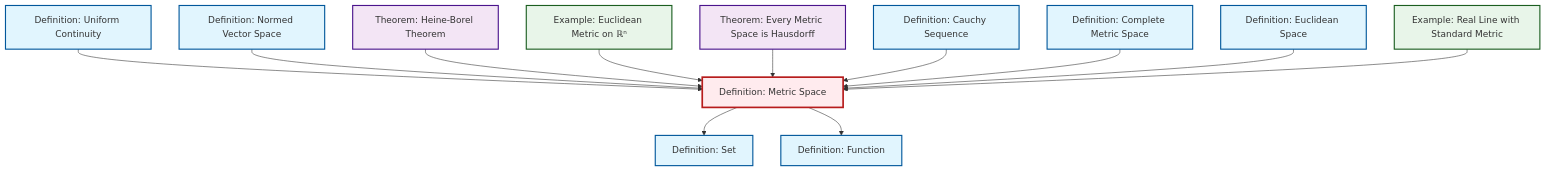
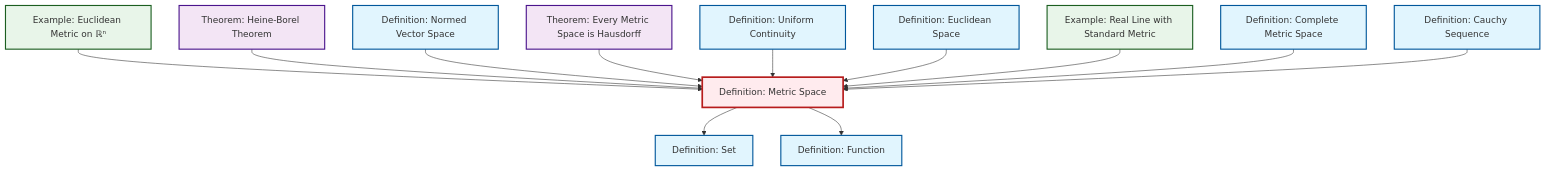
Before and after one commit to RK0429/ModernMath: the diagram in content/en/analysis/def-metric-space.qmd, drawn with Mermaid. The commit also changed other lines of this file and 619 other files, not shown here.

````diff
--- a/content/en/analysis/def-metric-space.qmd
+++ b/content/en/analysis/def-metric-space.qmd
@@ -51,44 +51,44 @@
 ```{mermaid}
 %%| fig-cap: "Local dependency graph"
 graph TD
     classDef definition fill:#e1f5fe,stroke:#01579b,stroke-width:2px
     classDef theorem fill:#f3e5f5,stroke:#4a148c,stroke-width:2px
     classDef axiom fill:#fff3e0,stroke:#e65100,stroke-width:2px
     classDef example fill:#e8f5e9,stroke:#1b5e20,stroke-width:2px
     classDef current fill:#ffebee,stroke:#b71c1c,stroke-width:3px
+    def-metric-space["Definition: Metric Space"]:::definition
     def-complete-metric-space["Definition: Complete Metric Space"]:::definition
+    def-set["Definition: Set"]:::definition
+    thm-metric-hausdorff["Theorem: Every Metric Space is Hausdorff"]:::theorem
+    ex-real-line-metric["Example: Real Line with Standard Metric"]:::example
+    def-cauchy-sequence["Definition: Cauchy Sequence"]:::definition
+    def-uniform-continuity["Definition: Uniform Continuity"]:::definition
     ex-euclidean-metric["Example: Euclidean Metric on ℝⁿ"]:::example
-    ex-real-line-metric["Example: Real Line with Standard Metric"]:::example
     def-euclidean-space["Definition: Euclidean Space"]:::definition
+    def-normed-vector-space["Definition: Normed Vector Space"]:::definition
     thm-heine-borel["Theorem: Heine-Borel Theorem"]:::theorem
-    thm-metric-hausdorff["Theorem: Every Metric Space is Hausdorff"]:::theorem
-    def-uniform-continuity["Definition: Uniform Continuity"]:::definition
     def-function["Definition: Function"]:::definition
-    def-metric-space["Definition: Metric Space"]:::definition
-    def-set["Definition: Set"]:::definition
-    def-cauchy-sequence["Definition: Cauchy Sequence"]:::definition
-    def-normed-vector-space["Definition: Normed Vector Space"]:::definition
+    def-metric-space --> def-set
+    ex-euclidean-metric --> def-metric-space
+    def-metric-space --> def-function
+    thm-heine-borel --> def-metric-space
+    def-normed-vector-space --> def-metric-space
+    thm-metric-hausdorff --> def-metric-space
     def-uniform-continuity --> def-metric-space
-    def-normed-vector-space --> def-metric-space
-    thm-heine-borel --> def-metric-space
-    def-metric-space --> def-set
-    def-metric-space --> def-function
-    ex-euclidean-metric --> def-metric-space
-    thm-metric-hausdorff --> def-metric-space
-    def-cauchy-sequence --> def-metric-space
-    def-complete-metric-space --> def-metric-space
     def-euclidean-space --> def-metric-space
     ex-real-line-metric --> def-metric-space
+    def-complete-metric-space --> def-metric-space
+    def-cauchy-sequence --> def-metric-space
     class def-metric-space current
     click def-complete-metric-space "def-complete-metric-space.html" "Go to Complete Metric Space definition"
+    click def-set "def-set.html" "Go to Set definition"
+    click thm-metric-hausdorff "thm-metric-hausdorff.html" "Go to Every Metric Space is Hausdorff theorem"
+    click ex-real-line-metric "ex-real-line-metric.html" "Go to Real Line with Standard Metric example"
+    click def-cauchy-sequence "def-cauchy-sequence.html" "Go to Cauchy Sequence definition"
+    click def-uniform-continuity "def-uniform-continuity.html" "Go to Uniform Continuity definition"
     click ex-euclidean-metric "ex-euclidean-metric.html" "Go to Euclidean Metric on ℝⁿ example"
-    click ex-real-line-metric "ex-real-line-metric.html" "Go to Real Line with Standard Metric example"
     click def-euclidean-space "def-euclidean-space.html" "Go to Euclidean Space definition"
+    click def-normed-vector-space "def-normed-vector-space.html" "Go to Normed Vector Space definition"
     click thm-heine-borel "thm-heine-borel.html" "Go to Heine-Borel Theorem theorem"
-    click thm-metric-hausdorff "thm-metric-hausdorff.html" "Go to Every Metric Space is Hausdorff theorem"
-    click def-uniform-continuity "def-uniform-continuity.html" "Go to Uniform Continuity definition"
     click def-function "def-function.html" "Go to Function definition"
-    click def-set "def-set.html" "Go to Set definition"
-    click def-cauchy-sequence "def-cauchy-sequence.html" "Go to Cauchy Sequence definition"
-    click def-normed-vector-space "def-normed-vector-space.html" "Go to Normed Vector Space definition"
 ```
````
